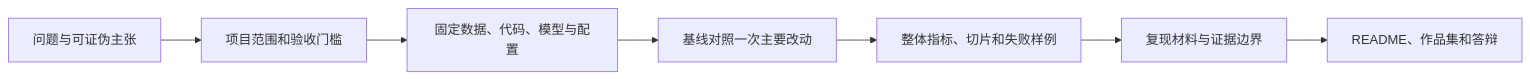
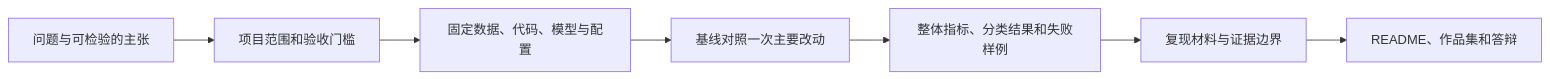
One commit to ChanChiChoi/llm-from-zero-to-interview changed the diagram in book-03-practical-handbook/chapters/15-作品集实战.md. Above: the diagram before and after it, drawn with Mermaid. The commit also changed other lines of this file and 78 other files, not shown here.

````diff
--- a/book-03-practical-handbook/chapters/15-作品集实战.md
+++ b/book-03-practical-handbook/chapters/15-作品集实战.md
@@ -23,9 +23,9 @@
 ```mermaid
 flowchart LR
-    A["问题与可证伪主张"] --> B["项目范围和验收门槛"]
+    A["问题与可检验的主张"] --> B["项目范围和验收门槛"]
     B --> C["固定数据、代码、模型与配置"]
     C --> D["基线对照一次主要改动"]
-    D --> E["整体指标、切片和失败样例"]
+    D --> E["整体指标、分类结果和失败样例"]
     E --> F["复现材料与证据边界"]
     F --> G["README、作品集和答辩"]
 ```
````
